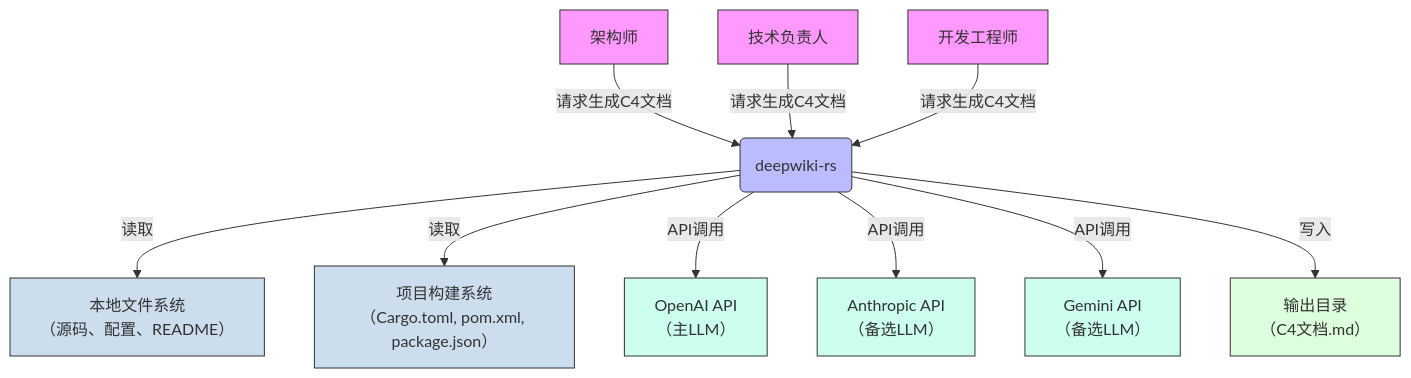
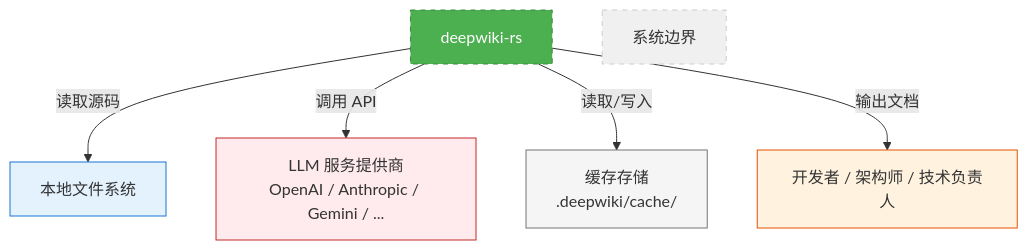
One commit to BigtoC/deepwiki-rs changed the diagram in docs/1、项目概述.md. Above: the diagram before and after it, drawn with Mermaid. The commit also changed other lines of this file and 12 other files, not shown here.

````diff
--- a/docs/1、项目概述.md
+++ b/docs/1、项目概述.md
@@ -106,35 +102,17 @@
 ```mermaid
 graph TD
-    A[架构师] -->|请求生成C4文档| B(deepwiki-rs)
-    C[技术负责人] -->|请求生成C4文档| B
-    D[开发工程师] -->|请求生成C4文档| B
-    B -->|读取| E[本地文件系统<br>（源码、配置、README）]
-    B -->|读取| F[项目构建系统<br>（Cargo.toml, pom.xml, package.json）]
-    B -->|API调用| G[OpenAI API<br>（主LLM）]
-    B -->|API调用| H[Anthropic API<br>（备选LLM）]
-    B -->|API调用| I[Gemini API<br>（备选LLM）]
-    B -->|写入| J[输出目录<br>（C4文档.md）]
+    A[deepwiki-rs] -->|读取源码| B[本地文件系统]
+    A -->|调用 API| C[LLM 服务提供商<br>OpenAI / Anthropic / Gemini / ...]
+    A -->|读取/写入| D[缓存存储<br>.deepwiki/cache/]
+    A -->|输出文档| E[开发者 / 架构师 / 技术负责人]
+    
+    style A fill:#4CAF50,stroke:#388E3C,color:white
+    style B fill:#E3F2FD,stroke:#1976D2
+    style C fill:#FFEBEE,stroke:#C62828
+    style D fill:#F5F5F5,stroke:#757575
+    style E fill:#FFF3E0,stroke:#E65100
 
-    style A fill:#f9f,stroke:#333
-    style C fill:#f9f,stroke:#333
-    style D fill:#f9f,stroke:#333
-    style E fill:#cde,stroke:#333
-    style F fill:#cde,stroke:#333
-    style G fill:#cfe,stroke:#333
-    style H fill:#cfe,stroke:#333
-    style I fill:#cfe,stroke:#333
-    style J fill:#dfd,stroke:#333
-    style B fill:#bbf,stroke:#333
-
-    classDef user fill:#f9f,stroke:#333;
-    classDef data fill:#cde,stroke:#333;
-    classDef llm fill:#cfe,stroke:#333;
-    classDef output fill:#dfd,stroke:#333;
-    classDef system fill:#bbf,stroke:#333;
-
-    class A,C,D user
-    class E,F data
-    class G,H,I llm
-    class J output
-    class B system
+    note[系统边界]:::boundary
+    classDef boundary fill:#f0f0f0,stroke:#ccc,stroke-dasharray:5,stroke-width:1px
+    class A boundary
 ```
````
